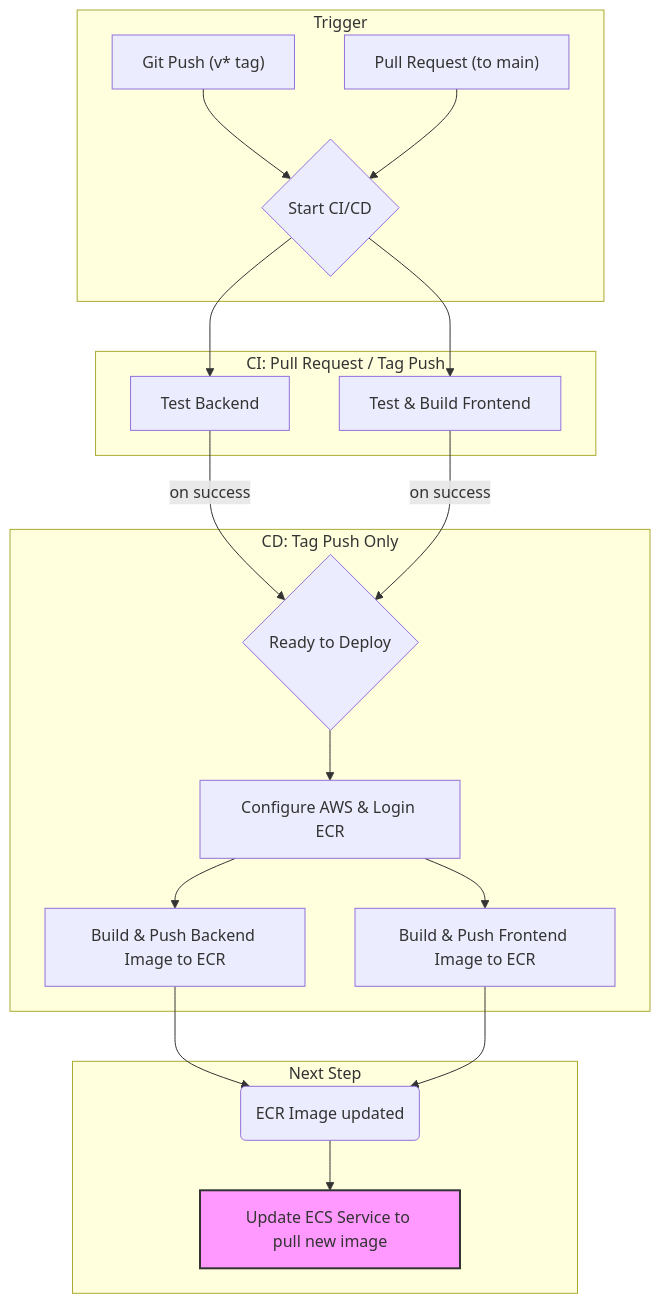
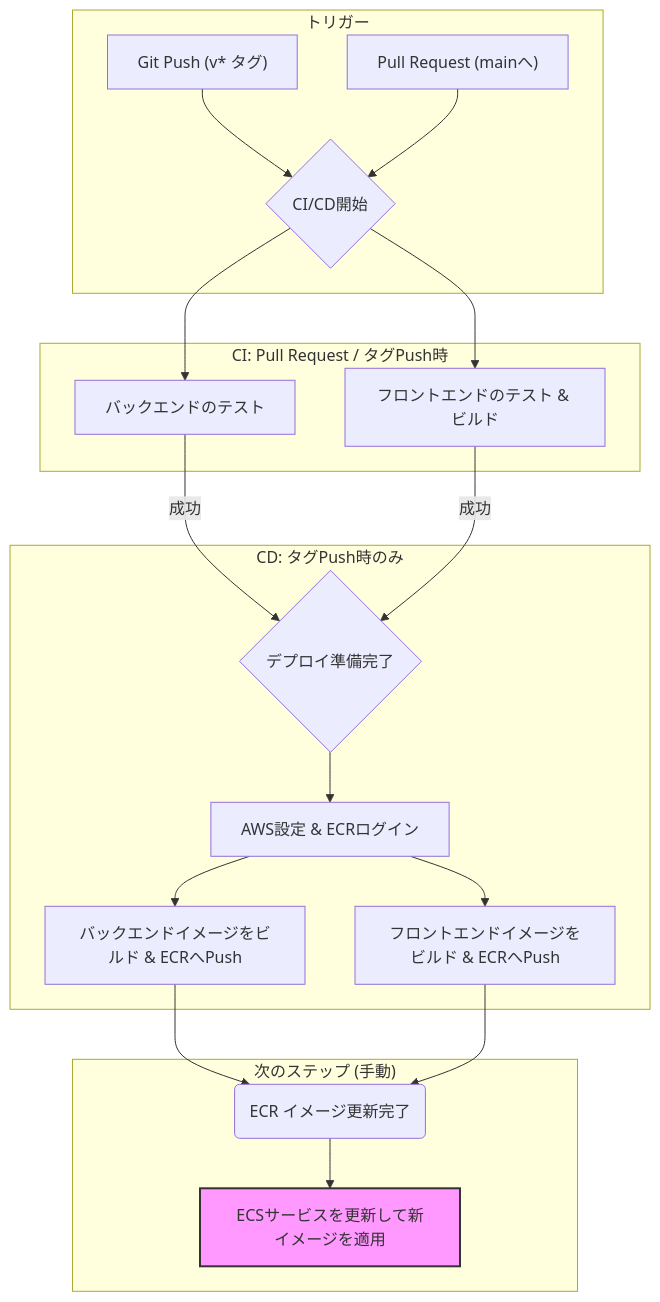
Before and after one commit to kaz-mathui/LifePlan: the diagram in docs/ci-cd-flow.mmd, drawn with Mermaid. The commit also changed 11 other files, not shown here.

```diff
--- a/docs/ci-cd-flow.mmd
+++ b/docs/ci-cd-flow.mmd
@@ -1,27 +1,27 @@
 graph TD
-    subgraph "Trigger"
-        A["Git Push (v* tag)"] --> B{"Start CI/CD"};
-        PR["Pull Request (to main)"] --> B;
+    subgraph "トリガー"
+        A["Git Push (v* タグ)"] --> B{"CI/CD開始"};
+        PR["Pull Request (mainへ)"] --> B;
     end
 
-    subgraph "CI: Pull Request / Tag Push"
-        B --> C["Test Backend"];
-        B --> D["Test & Build Frontend"];
+    subgraph "CI: Pull Request / タグPush時"
+        B --> C["バックエンドのテスト"];
+        B --> D["フロントエンドのテスト & ビルド"];
     end
 
-    subgraph "CD: Tag Push Only"
-        C -- on success --> E{"Ready to Deploy"};
-        D -- on success --> E;
-        E --> F["Configure AWS & Login ECR"];
-        F --> G["Build & Push Backend Image to ECR"];
-        F --> H["Build & Push Frontend Image to ECR"];
+    subgraph "CD: タグPush時のみ"
+        C -- "成功" --> E{"デプロイ準備完了"};
+        D -- "成功" --> E;
+        E --> F["AWS設定 & ECRログイン"];
+        F --> G["バックエンドイメージをビルド & ECRへPush"];
+        F --> H["フロントエンドイメージをビルド & ECRへPush"];
     end
 
-    subgraph "Next Step"
-        I("ECR Image updated")
+    subgraph "次のステップ (手動)"
+        I("ECR イメージ更新完了")
         G --> I
         H --> I
-        I --> J["Update ECS Service to pull new image"]
+        I --> J["ECSサービスを更新して新イメージを適用"]
     end
 
     style J fill:#f9f,stroke:#333,stroke-width:2px 
```
